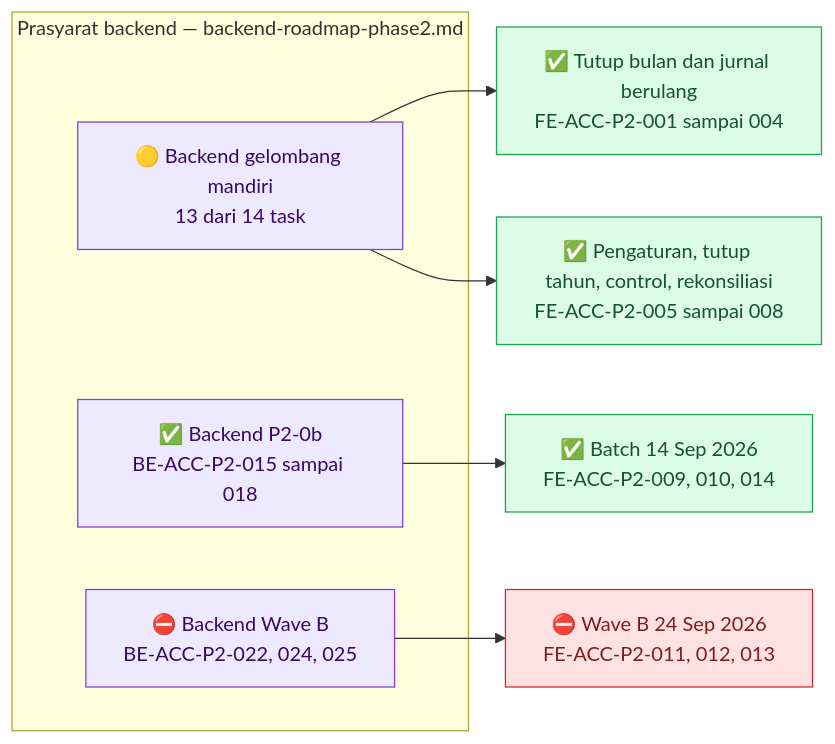
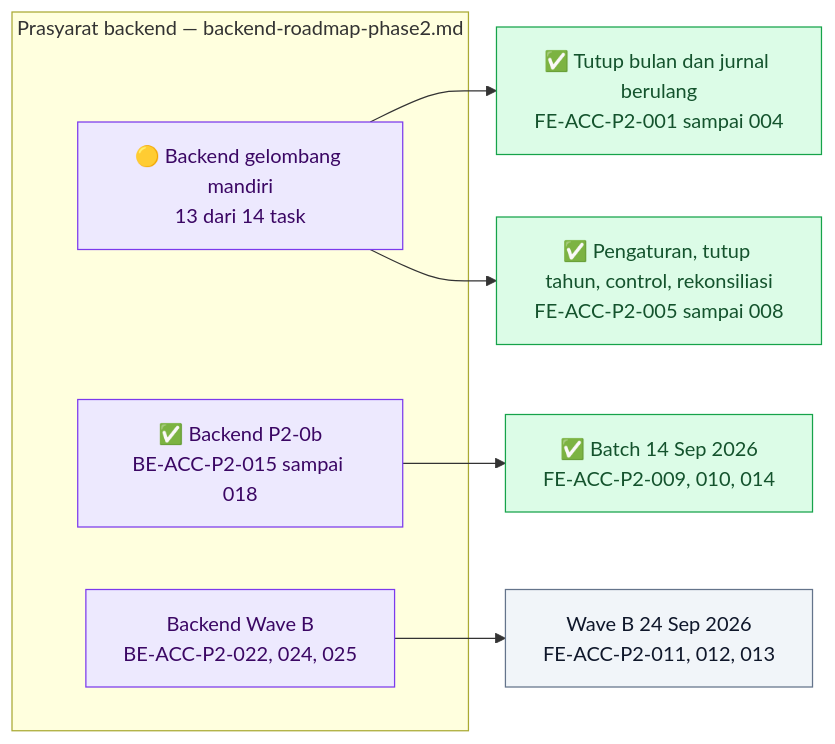
One commit to DevBenari/NewQuilvianSystemBackend changed the first of 5 diagrams in docs/module-blueprints/accounting/roadmap/frontend-roadmap-phase2.md. Above: the diagram before and after it, drawn with Mermaid. The commit also changed other lines of this file and 28 other files, not shown here.

````diff
--- a/docs/module-blueprints/accounting/roadmap/frontend-roadmap-phase2.md
+++ b/docs/module-blueprints/accounting/roadmap/frontend-roadmap-phase2.md
@@ -41,24 +41,24 @@
 ```mermaid
 flowchart LR
     classDef selesai fill:#DCFCE7,stroke:#16A34A,color:#14532D
     classDef sebagian fill:#FEF9C3,stroke:#CA8A04,color:#713F12
     classDef terblokir fill:#FEE2E2,stroke:#DC2626,color:#7F1D1D
     classDef belum fill:#F1F5F9,stroke:#64748B,color:#0F172A
     classDef luar fill:#EDE9FE,stroke:#7C3AED,color:#3B0764
 
     subgraph backend["Prasyarat backend — backend-roadmap-phase2.md"]
         BMANDIRI["🟡 Backend gelombang mandiri<br/>13 dari 14 task"]:::luar
         BP20B["✅ Backend P2-0b<br/>BE-ACC-P2-015 sampai 018"]:::luar
-        BWAVEB["⛔ Backend Wave B<br/>BE-ACC-P2-022, 024, 025"]:::luar
+        BWAVEB["Backend Wave B<br/>BE-ACC-P2-022, 024, 025"]:::luar
     end
 
     FTUTUP["✅ Tutup bulan dan jurnal berulang<br/>FE-ACC-P2-001 sampai 004"]:::selesai
     FLAIN["✅ Pengaturan, tutup tahun, control, rekonsiliasi<br/>FE-ACC-P2-005 sampai 008"]:::selesai
     FBATCH["✅ Batch 14 Sep 2026<br/>FE-ACC-P2-009, 010, 014"]:::selesai
-    FWAVEB["⛔ Wave B 24 Sep 2026<br/>FE-ACC-P2-011, 012, 013"]:::terblokir
+    FWAVEB["Wave B 24 Sep 2026<br/>FE-ACC-P2-011, 012, 013"]:::belum
 
     BMANDIRI --> FTUTUP
     BMANDIRI --> FLAIN
     BP20B --> FBATCH
     BWAVEB --> FWAVEB
 ```
````
